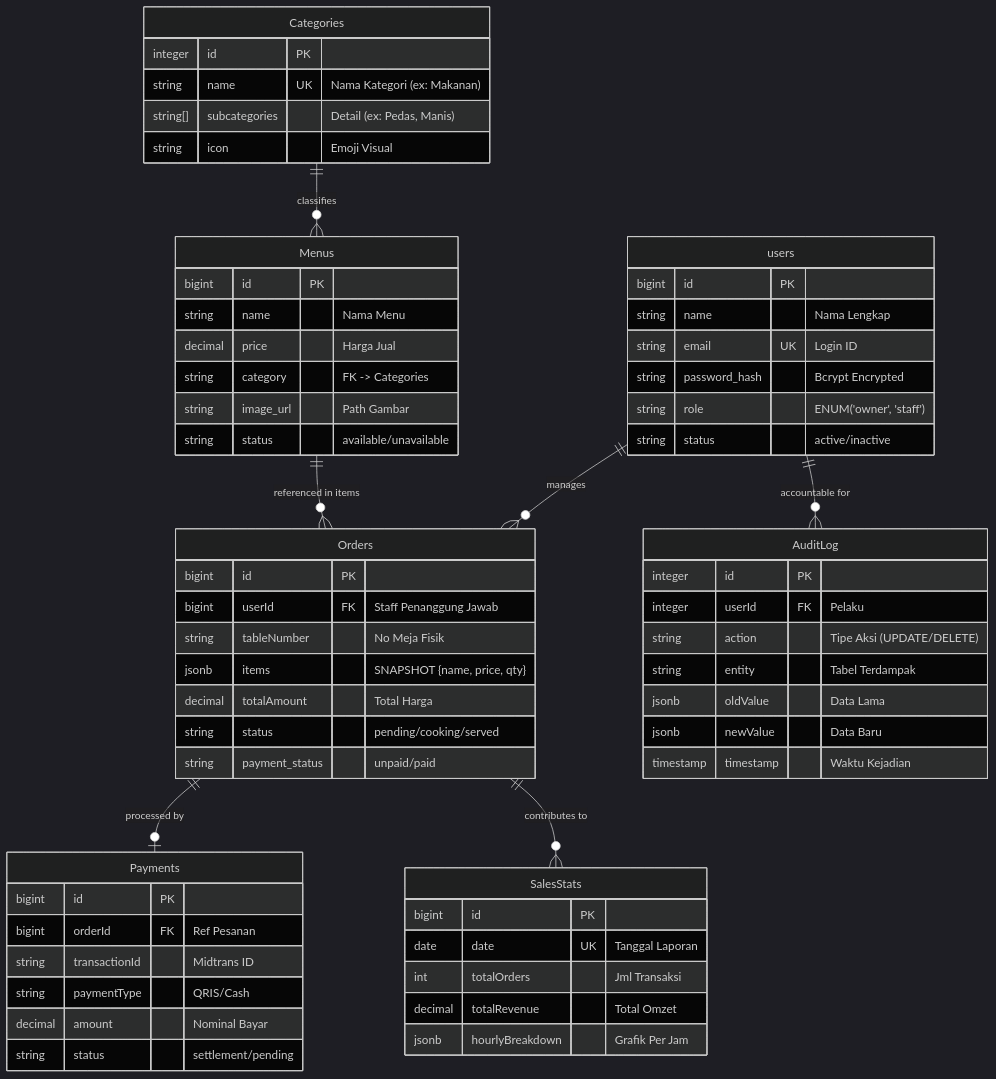
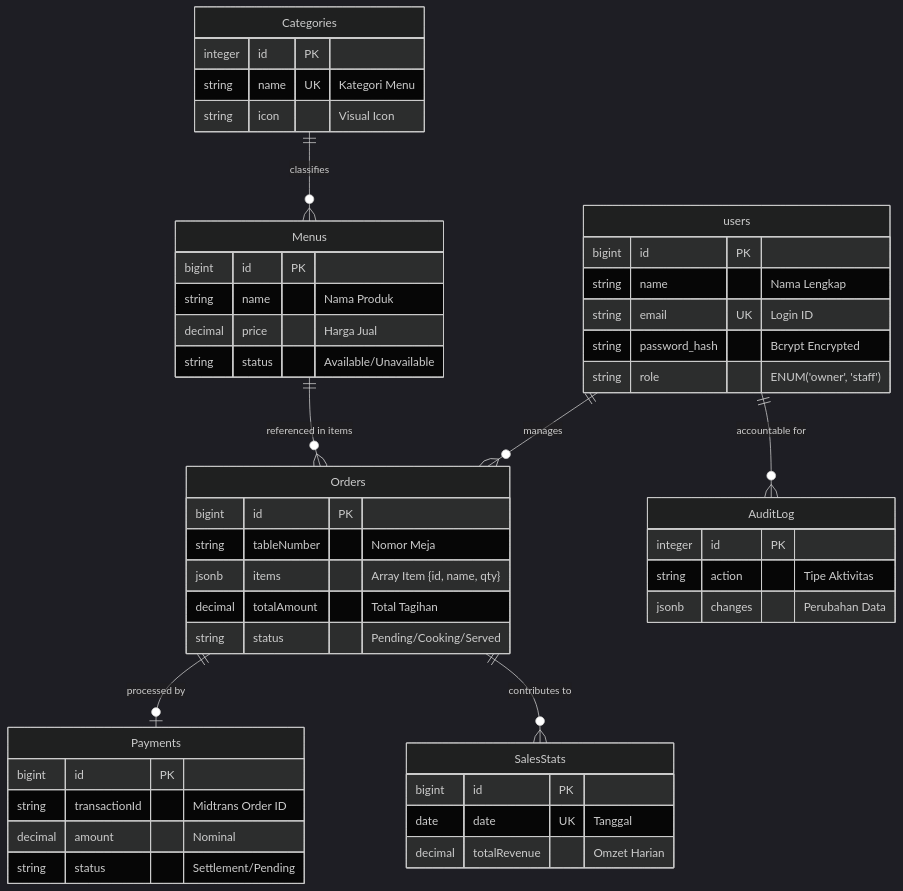
Before and after one commit to owel17/backend_restaurant: the second of 3 diagrams in LAPORAN_PRAKTIKUM_RPL.md, drawn with Mermaid (dark theme). The commit also changed other lines of this file, not shown here.

Commit message:
Docs: Finalize Practicum Report with expanded detailed flows, node logic analysis, and fixed diagrams

````diff
--- a/LAPORAN_PRAKTIKUM_RPL.md
+++ b/LAPORAN_PRAKTIKUM_RPL.md
@@ -125,71 +161,51 @@
 ```mermaid
 erDiagram
     users ||--o{ Orders : "manages"
     users ||--o{ AuditLog : "accountable for"
     Categories ||--o{ Menus : "classifies"
     Menus ||--o{ Orders : "referenced in items"
     Orders ||--o| Payments : "processed by"
     Orders ||--o{ SalesStats : "contributes to"
 
     users {
         bigint id PK
         string name "Nama Lengkap"
         string email UK "Login ID"
         string password_hash "Bcrypt Encrypted"
         string role "ENUM('owner', 'staff')"
-        string status "active/inactive"
     }
-
     Categories {
         integer id PK
-        string name UK "Nama Kategori (ex: Makanan)"
-        string[] subcategories "Detail (ex: Pedas, Manis)"
-        string icon "Emoji Visual"
+        string name UK "Kategori Menu"
+        string icon "Visual Icon"
     }
-
     Menus {
         bigint id PK
-        string name "Nama Menu"
+        string name "Nama Produk"
         decimal price "Harga Jual"
-        string category "FK -> Categories"
-        string image_url "Path Gambar"
-        string status "available/unavailable"
+        string status "Available/Unavailable"
     }
-
     Orders {
         bigint id PK
-        bigint userId FK "Staff Penanggung Jawab"
-        string tableNumber "No Meja Fisik"
-        jsonb items "SNAPSHOT {name, price, qty}"
-        decimal totalAmount "Total Harga"
-        string status "pending/cooking/served"
-        string payment_status "unpaid/paid"
+        string tableNumber "Nomor Meja"
+        jsonb items "Array Item {id, name, qty}"
+        decimal totalAmount "Total Tagihan"
+        string status "Pending/Cooking/Served"
     }
-
     Payments {
         bigint id PK
-        bigint orderId FK "Ref Pesanan"
-        string transactionId "Midtrans ID"
-        string paymentType "QRIS/Cash"
-        decimal amount "Nominal Bayar"
-        string status "settlement/pending"
+        string transactionId "Midtrans Order ID"
+        decimal amount "Nominal"
+        string status "Settlement/Pending"
     }
-
     SalesStats {
         bigint id PK
-        date date UK "Tanggal Laporan"
-        int totalOrders "Jml Transaksi"
-        decimal totalRevenue "Total Omzet"
-        jsonb hourlyBreakdown "Grafik Per Jam"
+        date date UK "Tanggal"
+        decimal totalRevenue "Omzet Harian"
     }
-
     AuditLog {
         integer id PK
-        integer userId FK "Pelaku"
-        string action "Tipe Aksi (UPDATE/DELETE)"
-        string entity "Tabel Terdampak"
-        jsonb oldValue "Data Lama"
-        jsonb newValue "Data Baru"
-        timestamp timestamp "Waktu Kejadian"
+        string action "Tipe Aktivitas"
+        jsonb changes "Perubahan Data"
     }
 ```
````
